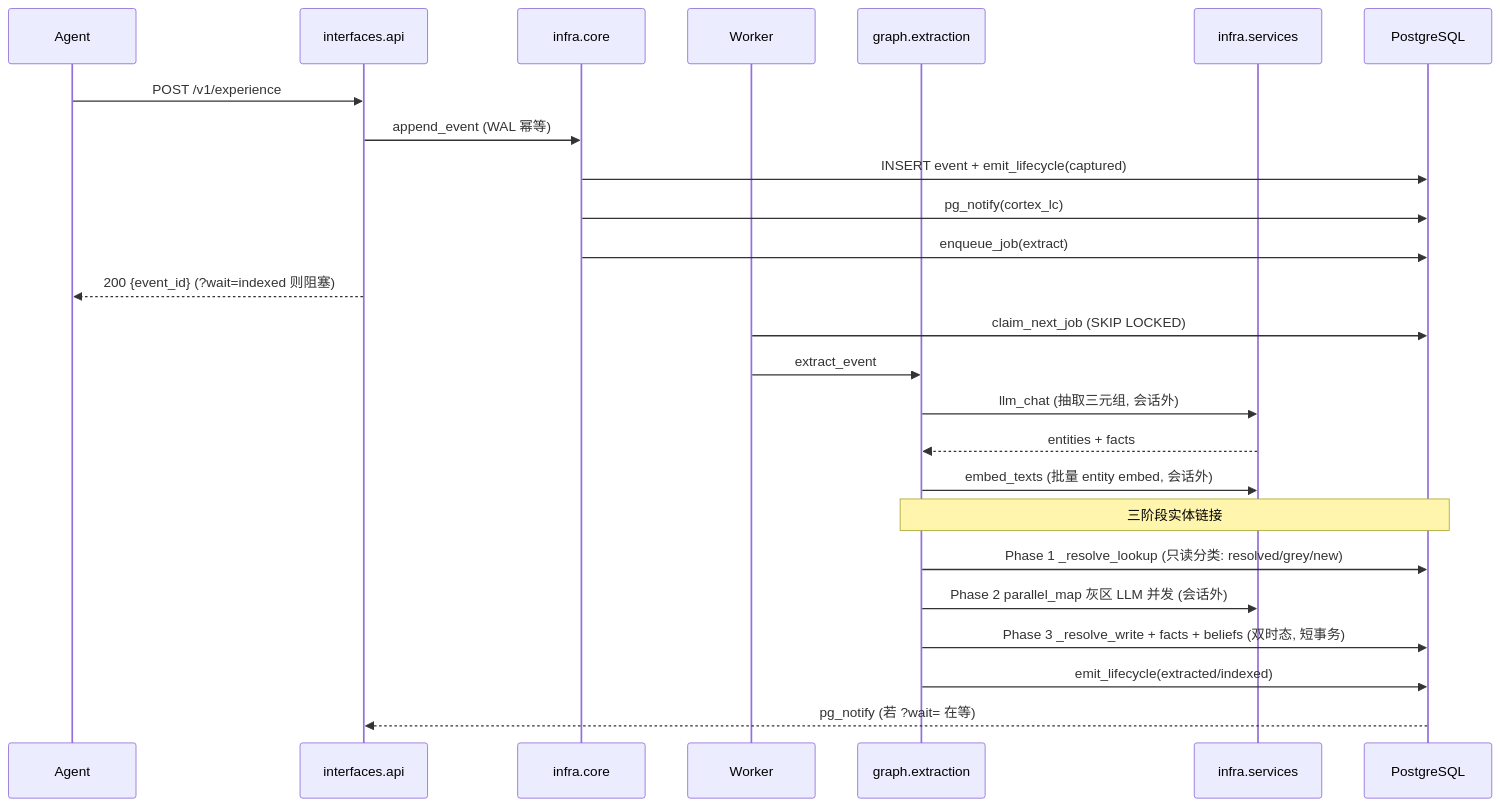
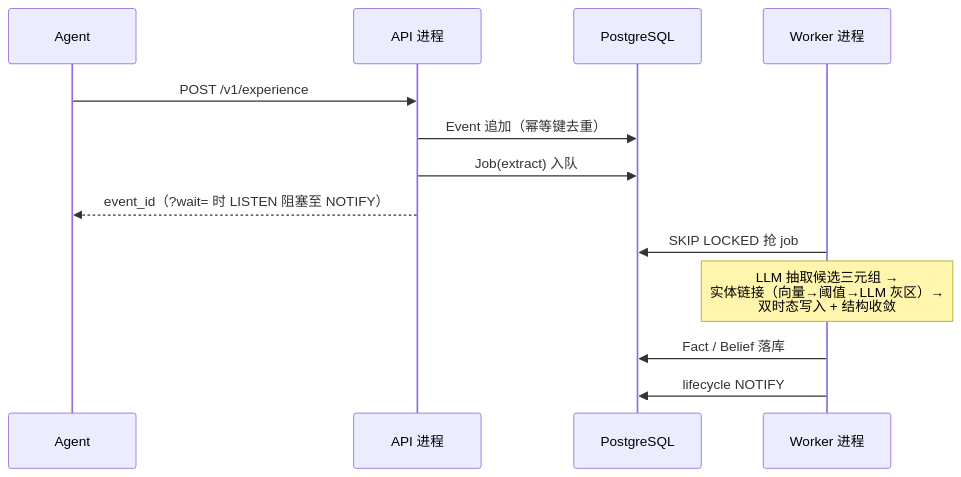
The seventh of 9 diagrams in source/chapters/23-architecture-diagrams.md (pty819/cortex-py-book), drawn with Mermaid before and after one commit. The commit also changed other lines of this file, not shown here.

First line of the commit message:
docs(ch23): 按 Kruchten 1995 标准 4+1 重写架构视图章

````diff
--- a/source/chapters/23-architecture-diagrams.md
+++ b/source/chapters/23-architecture-diagrams.md
@@ -446,29 +403,15 @@
 ```{mermaid}
 sequenceDiagram
     participant A as Agent
-    participant API as interfaces.api
-    participant CORE as infra.core
-    participant WK as Worker
-    participant EXT as graph.extraction
-    participant SVC as infra.services
+    participant API as API 进程
     participant DB as PostgreSQL
-
+    participant WK as Worker 进程
     A->>API: POST /v1/experience
-    API->>CORE: append_event (WAL 幂等)
-    CORE->>DB: INSERT event + emit_lifecycle(captured)
-    CORE->>DB: pg_notify(cortex_lc)
-    CORE->>DB: enqueue_job(extract)
-    API-->>A: 200 {event_id} (?wait=indexed 则阻塞)
-
-    WK->>DB: claim_next_job (SKIP LOCKED)
-    WK->>EXT: extract_event
-    EXT->>SVC: llm_chat (抽取三元组, 会话外)
-    SVC-->>EXT: entities + facts
-    EXT->>SVC: embed_texts (批量 entity embed, 会话外)
-    Note over EXT,DB: 三阶段实体链接
-    EXT->>DB: Phase 1 _resolve_lookup (只读分类: resolved/grey/new)
-    EXT->>SVC: Phase 2 parallel_map 灰区 LLM 并发 (会话外)
-    EXT->>DB: Phase 3 _resolve_write + facts + beliefs (双时态, 短事务)
-    EXT->>DB: emit_lifecycle(extracted/indexed)
-    DB-->>API: pg_notify (若 ?wait= 在等)
+    API->>DB: Event 追加（幂等键去重）
+    API->>DB: Job(extract) 入队
+    API-->>A: event_id（?wait= 时 LISTEN 阻塞至 NOTIFY）
+    WK->>DB: SKIP LOCKED 抢 job
+    Note over WK: LLM 抽取候选三元组 →<br/>实体链接（向量→阈值→LLM 灰区）→<br/>双时态写入 + 结构收敛
+    WK->>DB: Fact / Belief 落库
+    WK->>DB: lifecycle NOTIFY
 ```
````
